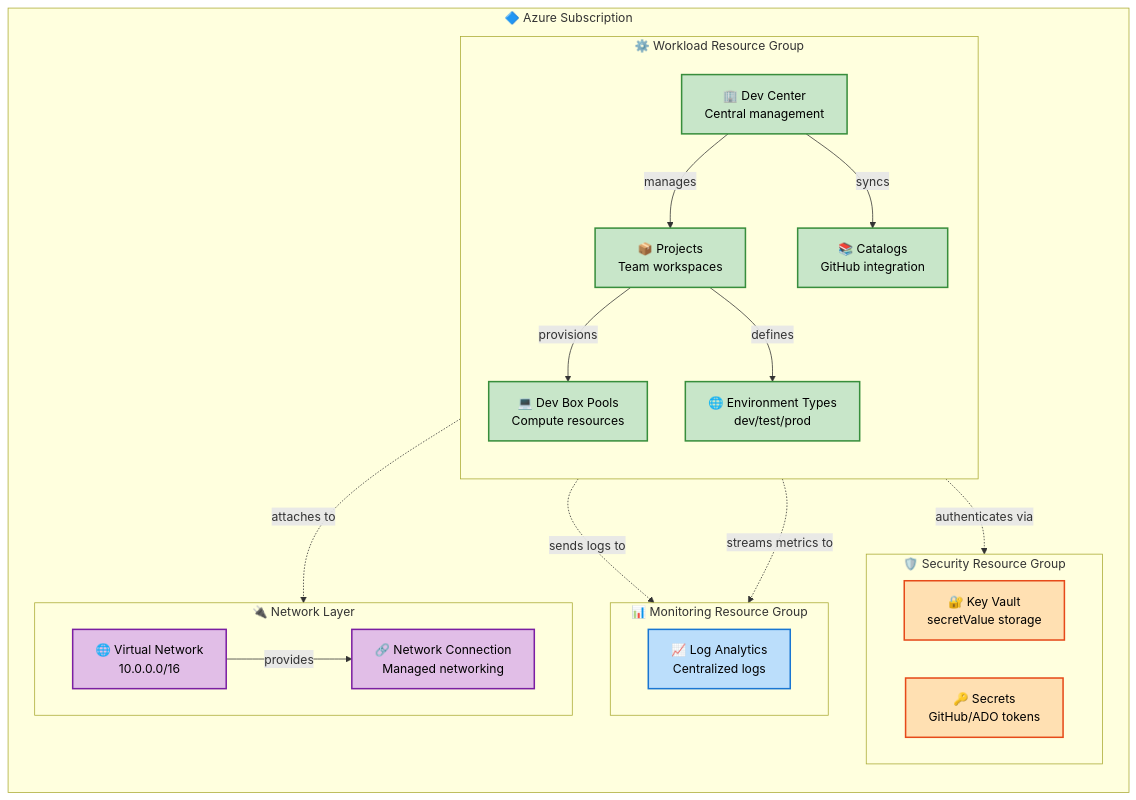
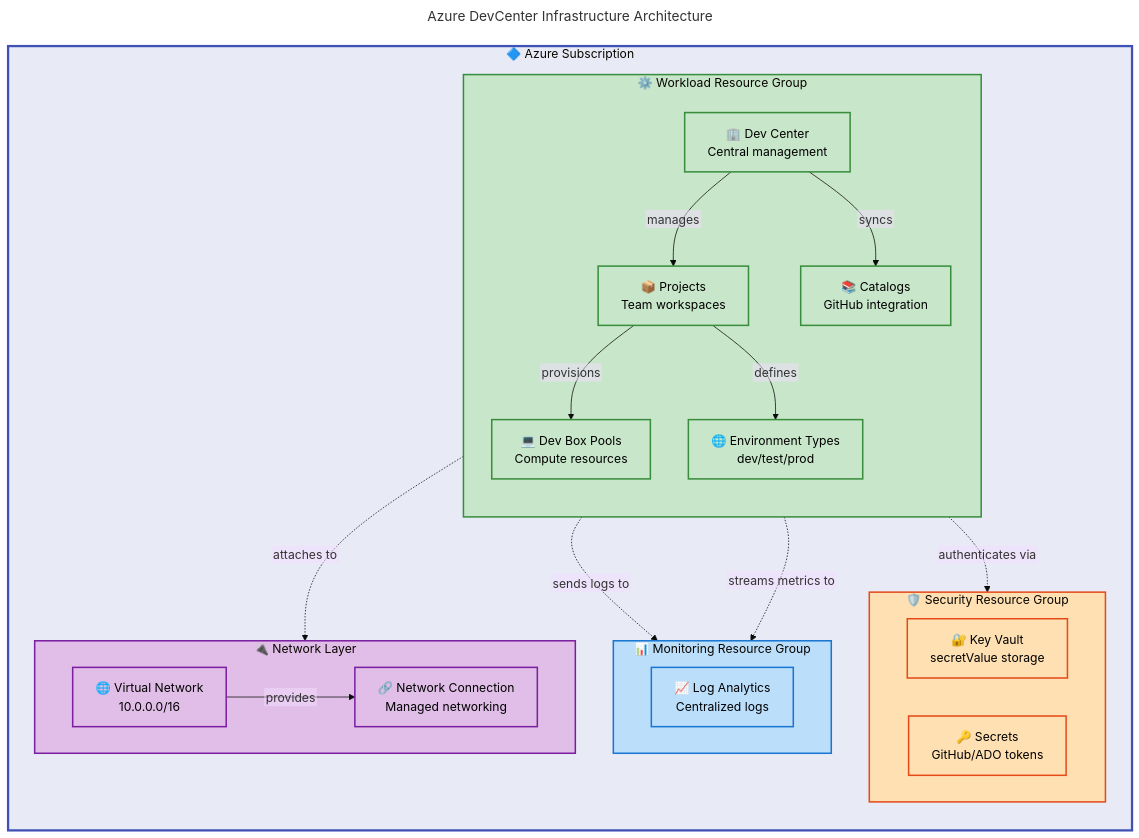
Before and after one commit to Evilazaro/DevExp-DevBox: the diagram in README.md, drawn with Mermaid.

Commit message:
refactor: enhance architecture diagram in README.md for clarity and detail

````diff
--- a/README.md
+++ b/README.md
@@ -71,29 +71,56 @@
 ```mermaid
+---
+title: Azure DevCenter Infrastructure Architecture
+config:
+  theme: base
+  flowchart:
+    htmlLabels: false
+---
 flowchart TB
     accTitle: Azure DevCenter Infrastructure Architecture
-    accDescr: Three-tier landing zone architecture with security, monitoring, and workload separation
+    accDescr: Three-tier landing zone architecture with security, monitoring, and workload separation showing 5 subgraphs and 15 components
+
+    %% ═══════════════════════════════════════════════════════════════════════════
+    %% STANDARD COLOR SCHEME v2.1 - Material Design Compliant
+    %% ═══════════════════════════════════════════════════════════════════════════
+    %% SUBGRAPH HIERARCHY (Indigo progression):
+    %%   Level 1: #E8EAF6 | Level 2: #C5CAE9 | Level 3: #9FA8DA | Level 4: #7986CB
+    %% SEMANTIC COLORS (functional purpose):
+    %%   Blue=#BBDEFB (API) | Green=#C8E6C9 (Workload) | Orange=#FFE0B2 (Security)
+    %%   Teal=#B2DFDB (Data) | Yellow=#FFF9C4 (Monitoring) | Purple=#E1BEE7 (Optional)
+    %% ═══════════════════════════════════════════════════════════════════════════
+
+    %% Complete classDef palette (8 semantic + 4 hierarchical)
+    classDef level1Group fill:#E8EAF6,stroke:#3F51B5,stroke-width:3px,color:#000
+    classDef level2Group fill:#C5CAE9,stroke:#3F51B5,stroke-width:2px,color:#000
+    classDef mdBlue fill:#BBDEFB,stroke:#1976D2,stroke-width:2px,color:#000
+    classDef mdGreen fill:#C8E6C9,stroke:#388E3C,stroke-width:2px,color:#000
+    classDef mdOrange fill:#FFE0B2,stroke:#E64A19,stroke-width:2px,color:#000
+    classDef mdTeal fill:#B2DFDB,stroke:#00796B,stroke-width:2px,color:#000
+    classDef mdYellow fill:#FFF9C4,stroke:#F57F17,stroke-width:2px,color:#000
+    classDef mdPurple fill:#E1BEE7,stroke:#7B1FA2,stroke-width:2px,color:#000
 
     subgraph Subscription["🔷 Azure Subscription"]
         direction TB
 
         subgraph SecurityRG["🛡️ Security Resource Group"]
             direction LR
-            kv["🔐 Key Vault<br/>secretValue storage"]:::security
-            secrets["🔑 Secrets<br/>GitHub/ADO tokens"]:::security
+            kv["🔐 Key Vault<br/>secretValue storage"]:::mdOrange
+            secrets["🔑 Secrets<br/>GitHub/ADO tokens"]:::mdOrange
         end
 
         subgraph MonitoringRG["📊 Monitoring Resource Group"]
             direction LR
-            la["📈 Log Analytics<br/>Centralized logs"]:::monitoring
+            la["📈 Log Analytics<br/>Centralized logs"]:::mdBlue
         end
 
         subgraph WorkloadRG["⚙️ Workload Resource Group"]
             direction TB
-            dc["🏢 Dev Center<br/>Central management"]:::workload
-            proj["📦 Projects<br/>Team workspaces"]:::workload
-            pool["💻 Dev Box Pools<br/>Compute resources"]:::workload
-            env["🌐 Environment Types<br/>dev/test/prod"]:::workload
-            cat["📚 Catalogs<br/>GitHub integration"]:::workload
+            dc["🏢 Dev Center<br/>Central management"]:::mdGreen
+            proj["📦 Projects<br/>Team workspaces"]:::mdGreen
+            pool["💻 Dev Box Pools<br/>Compute resources"]:::mdGreen
+            env["🌐 Environment Types<br/>dev/test/prod"]:::mdGreen
+            cat["📚 Catalogs<br/>GitHub integration"]:::mdGreen
 
             dc -->|"manages"| proj
             proj -->|"provisions"| pool
@@ -103,8 +130,8 @@
 
         subgraph Connectivity["🔌 Network Layer"]
             direction LR
-            vnet["🌐 Virtual Network<br/>10.0.0.0/16"]:::network
-            nc["🔗 Network Connection<br/>Managed networking"]:::network
+            vnet["🌐 Virtual Network<br/>10.0.0.0/16"]:::mdPurple
+            nc["🔗 Network Connection<br/>Managed networking"]:::mdPurple
             vnet -->|"provides"| nc
         end
     end
@@ -114,8 +141,14 @@
     pool -.->|"attaches to"| nc
     proj -.->|"streams metrics to"| la
 
-    classDef security fill:#FFE0B2,stroke:#E64A19,stroke-width:2px,color:#000
-    classDef monitoring fill:#BBDEFB,stroke:#1976D2,stroke-width:2px,color:#000
-    classDef workload fill:#C8E6C9,stroke:#388E3C,stroke-width:2px,color:#000
-    classDef network fill:#E1BEE7,stroke:#7B1FA2,stroke-width:2px,color:#000
+    %% ============================================
+    %% SUBGRAPH STYLING (count: 5 subgraphs = 5 style directives)
+    %% ============================================
+    style Subscription fill:#E8EAF6,stroke:#3F51B5,stroke-width:3px
+    style SecurityRG fill:#FFE0B2,stroke:#E64A19,stroke-width:2px
+    style MonitoringRG fill:#BBDEFB,stroke:#1976D2,stroke-width:2px
+    style WorkloadRG fill:#C8E6C9,stroke:#388E3C,stroke-width:2px
+    style Connectivity fill:#E1BEE7,stroke:#7B1FA2,stroke-width:2px
+
+    %% Accessibility: WCAG AA verified (4.5:1 contrast ratio)
 ```
````
